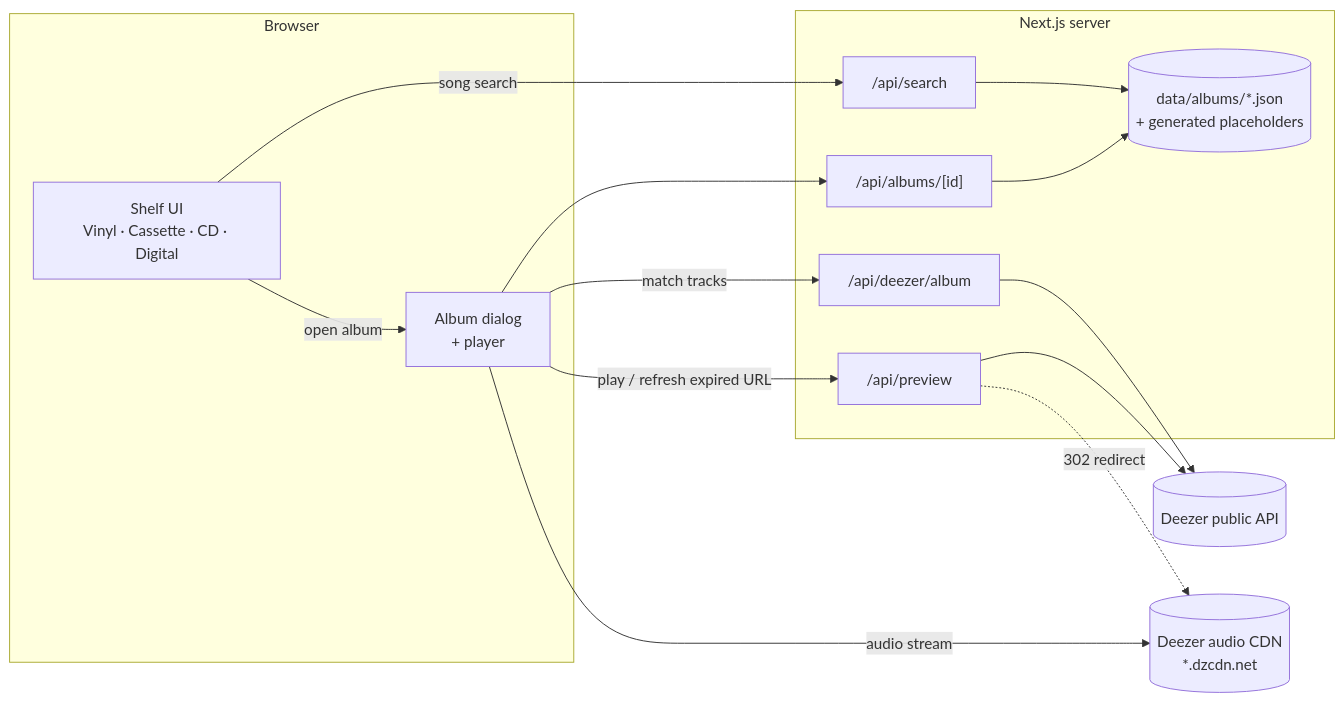
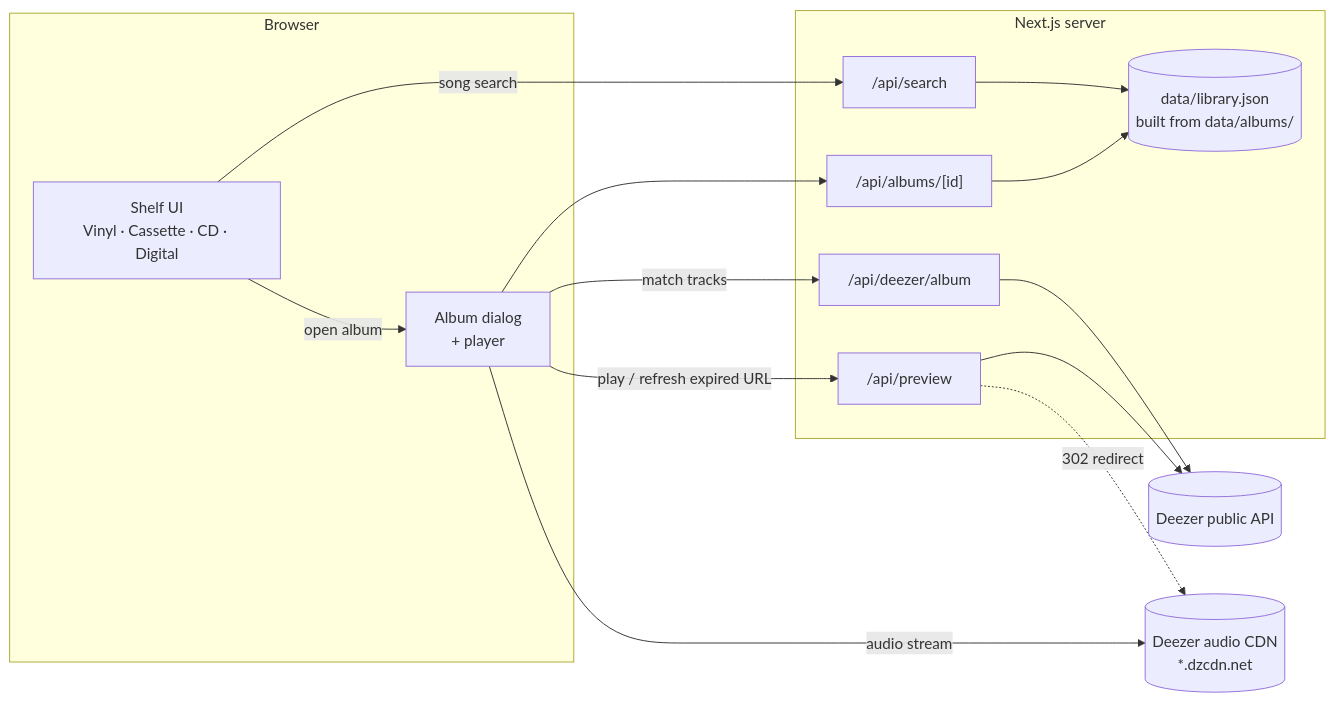
One commit to sidhyatikku/record-company changed the diagram in README.md. Above: the diagram before and after it, drawn with Mermaid. The commit also changed other lines of this file and 2216 other files, not shown here.

First line of the commit message:
Import album library from data/albums and remove placeholders

````diff
--- a/README.md
+++ b/README.md
@@ -99,26 +99,26 @@
 ```mermaid
 flowchart LR
   subgraph Browser
     UI[Shelf UI<br/>Vinyl · Cassette · CD · Digital]
     Dialog[Album dialog<br/>+ player]
   end
 
   subgraph "Next.js server"
     Albums["/api/albums/[id]"]
     Search["/api/search"]
     DzAlbum["/api/deezer/album"]
     Preview["/api/preview"]
-    Data[(data/albums/*.json<br/>+ generated placeholders)]
+    Data[(data/library.json<br/>built from data/albums/)]
   end
 
   Deezer[(Deezer public API)]
   CDN[(Deezer audio CDN<br/>*.dzcdn.net)]
 
   UI -->|song search| Search --> Data
   UI -->|open album| Dialog
   Dialog --> Albums --> Data
   Dialog -->|match tracks| DzAlbum --> Deezer
   Dialog -->|play / refresh expired URL| Preview --> Deezer
   Preview -.302 redirect.-> CDN
   Dialog -->|audio stream| CDN
 ```
````
